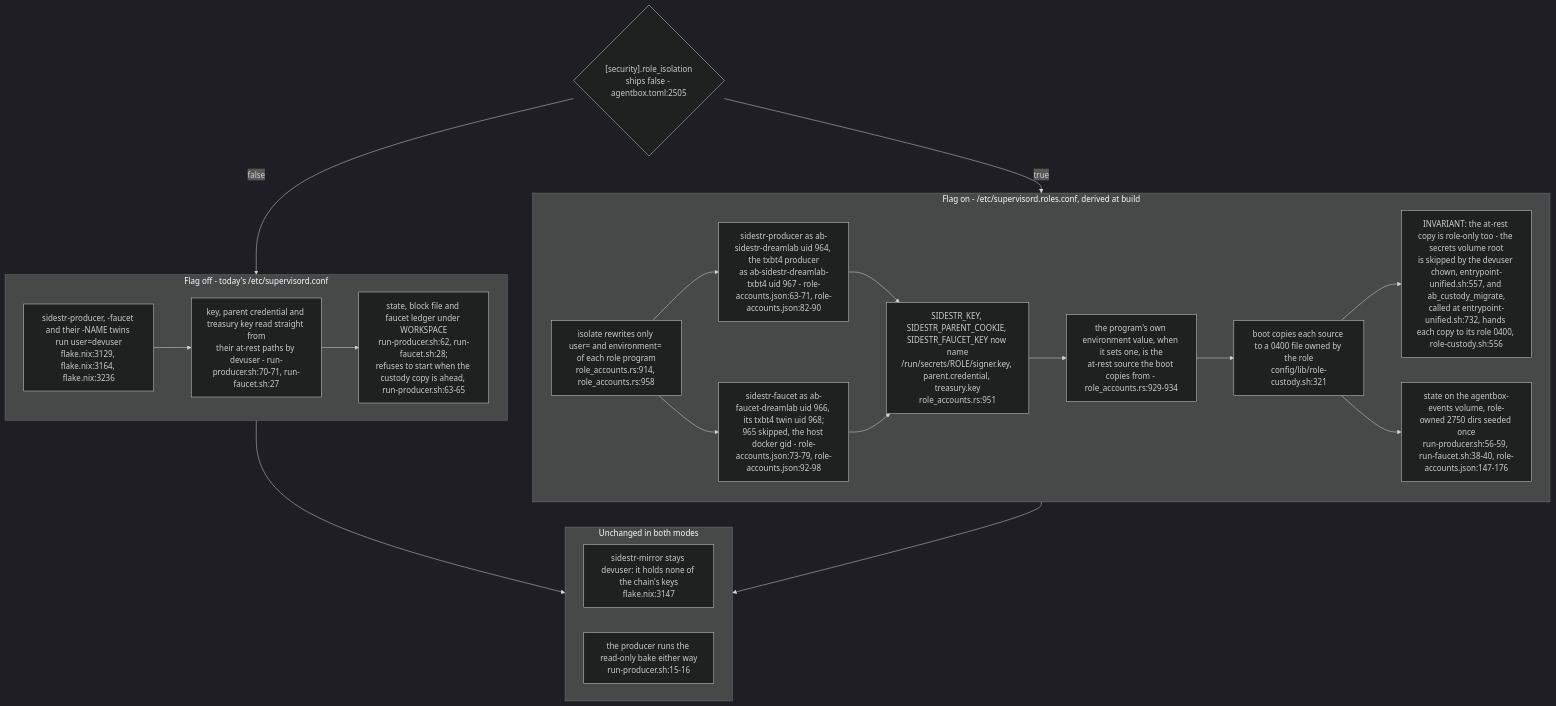
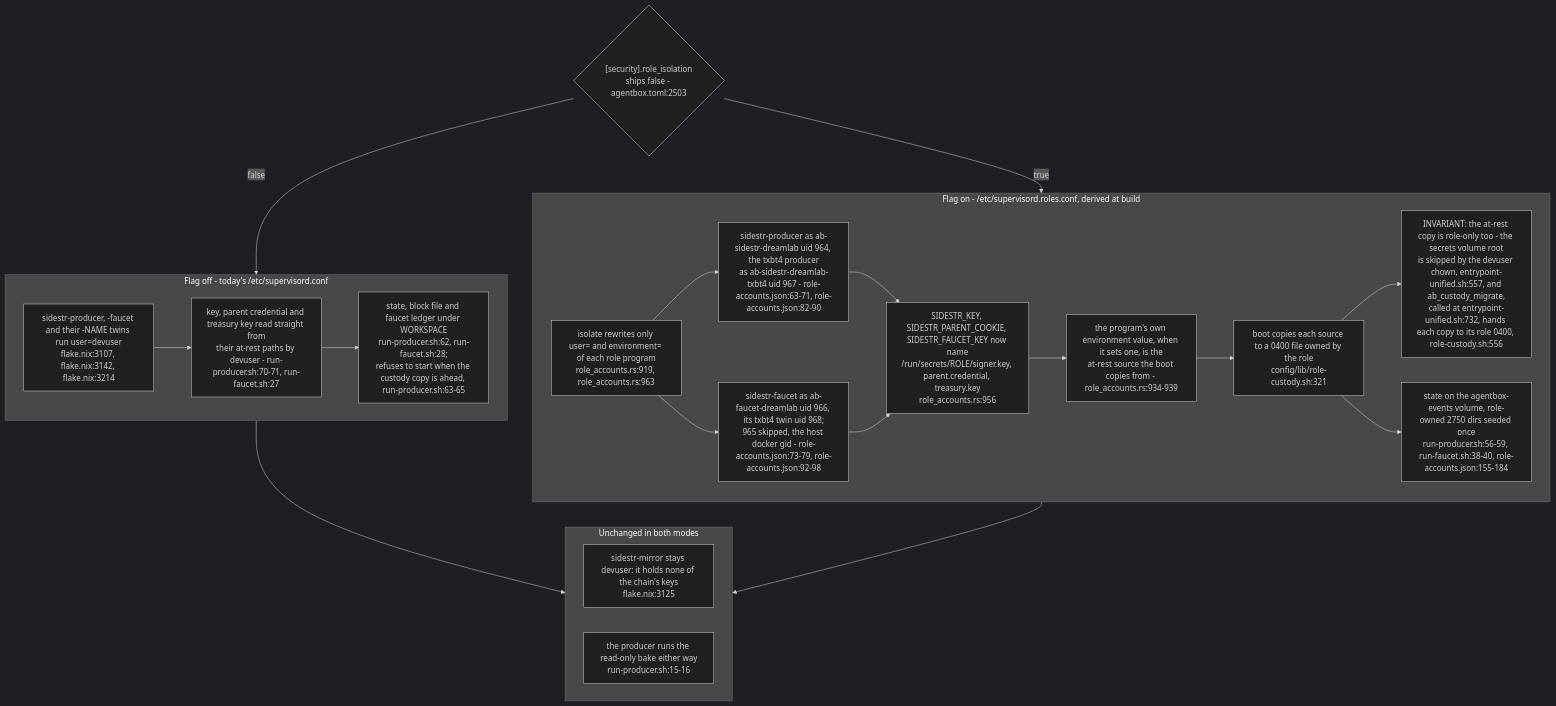
The sixth of 6 diagrams in docs/diagrams/agentbox/34-sidestr-interim-producer-and-mirror.md (DreamLab-AI/VisionFlow), drawn with Mermaid (dark theme) before and after one commit. The commit also changed other lines of this file and 145 other files, not shown here.

````diff
--- a/docs/diagrams/agentbox/34-sidestr-interim-producer-and-mirror.md
+++ b/docs/diagrams/agentbox/34-sidestr-interim-producer-and-mirror.md
@@ -251,33 +251,33 @@
 ```mermaid
 flowchart TB
-    FLAG{"[security].role_isolation<br/>ships false - agentbox.toml:2505"}
+    FLAG{"[security].role_isolation<br/>ships false - agentbox.toml:2503"}
     subgraph off["Flag off - today's /etc/supervisord.conf"]
-        O1["sidestr-producer, -faucet and their -NAME twins run user=devuser<br/>flake.nix:3129, flake.nix:3164, flake.nix:3236"]
+        O1["sidestr-producer, -faucet and their -NAME twins run user=devuser<br/>flake.nix:3107, flake.nix:3142, flake.nix:3214"]
         O2["key, parent credential and treasury key read straight from<br/>their at-rest paths by devuser - run-producer.sh:70-71, run-faucet.sh:27"]
         O3["state, block file and faucet ledger under WORKSPACE<br/>run-producer.sh:62, run-faucet.sh:28;<br/>refuses to start when the custody copy is ahead, run-producer.sh:63-65"]
         O1 --> O2 --> O3
     end
     subgraph on["Flag on - /etc/supervisord.roles.conf, derived at build"]
-        R1["isolate rewrites only user= and environment= of each role program<br/>role_accounts.rs:914, role_accounts.rs:958"]
+        R1["isolate rewrites only user= and environment= of each role program<br/>role_accounts.rs:919, role_accounts.rs:963"]
         R2["sidestr-producer as ab-sidestr-dreamlab uid 964, the txbt4 producer<br/>as ab-sidestr-dreamlab-txbt4 uid 967 - role-accounts.json:63-71, role-accounts.json:82-90"]
         R3["sidestr-faucet as ab-faucet-dreamlab uid 966, its txbt4 twin uid 968;<br/>965 skipped, the host docker gid - role-accounts.json:73-79, role-accounts.json:92-98"]
-        R4["SIDESTR_KEY, SIDESTR_PARENT_COOKIE, SIDESTR_FAUCET_KEY now name<br/>/run/secrets/ROLE/signer.key, parent.credential, treasury.key<br/>role_accounts.rs:951"]
-        R5["the program's own environment value, when it sets one, is the<br/>at-rest source the boot copies from - role_accounts.rs:929-934"]
+        R4["SIDESTR_KEY, SIDESTR_PARENT_COOKIE, SIDESTR_FAUCET_KEY now name<br/>/run/secrets/ROLE/signer.key, parent.credential, treasury.key<br/>role_accounts.rs:956"]
+        R5["the program's own environment value, when it sets one, is the<br/>at-rest source the boot copies from - role_accounts.rs:934-939"]
         R6["boot copies each source to a 0400 file owned by the role<br/>config/lib/role-custody.sh:321"]
         R7["INVARIANT: the at-rest copy is role-only too - the secrets volume root<br/>is skipped by the devuser chown, entrypoint-unified.sh:557, and ab_custody_migrate,<br/>called at entrypoint-unified.sh:732, hands each copy to its role 0400, role-custody.sh:556"]
-        R8["state on the agentbox-events volume, role-owned 2750 dirs seeded once<br/>run-producer.sh:56-59, run-faucet.sh:38-40, role-accounts.json:147-176"]
+        R8["state on the agentbox-events volume, role-owned 2750 dirs seeded once<br/>run-producer.sh:56-59, run-faucet.sh:38-40, role-accounts.json:155-184"]
         R6 --> R7
         R6 --> R8
         R1 --> R2 --> R4
         R1 --> R3 --> R4
         R4 --> R5 --> R6
     end
     subgraph same["Unchanged in both modes"]
-        U1["sidestr-mirror stays devuser: it holds none of the chain's keys<br/>flake.nix:3147"]
+        U1["sidestr-mirror stays devuser: it holds none of the chain's keys<br/>flake.nix:3125"]
         U2["the producer runs the read-only bake either way<br/>run-producer.sh:15-16"]
     end
     FLAG -->|false| off
     FLAG -->|true| on
     off --> same
     on --> same
 ```
````
